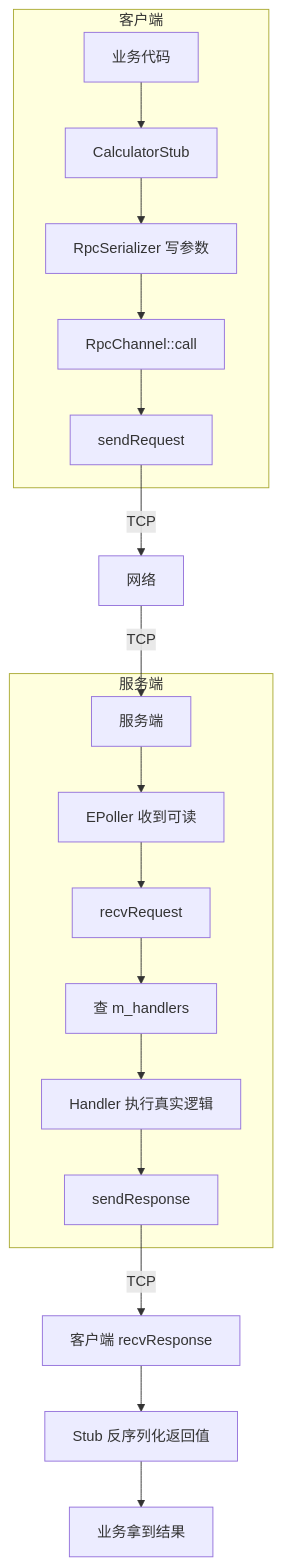
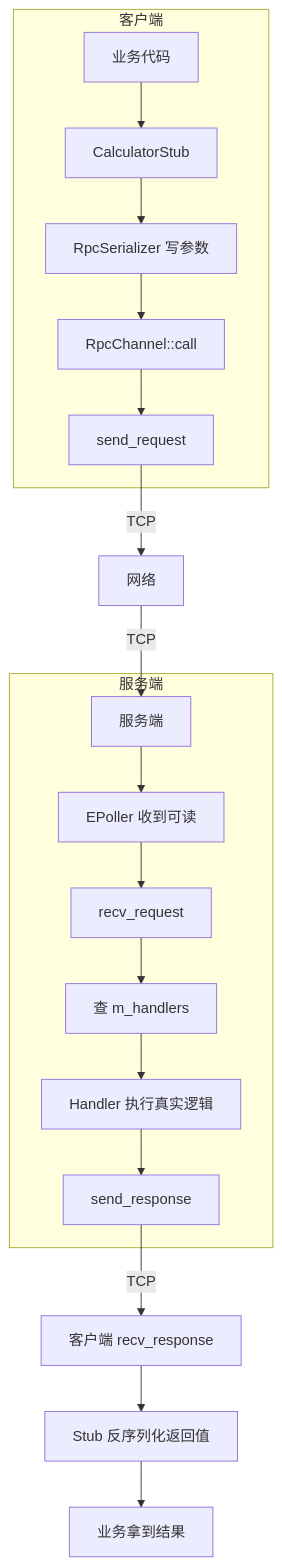
One commit to loskyertt/NetworkProgramming changed the first of 8 diagrams in docs/src/rpc/RPC.md. Above: the diagram before and after it, drawn with Mermaid. The commit also changed other lines of this file and 3 other files, not shown here.

````diff
--- a/docs/src/rpc/RPC.md
+++ b/docs/src/rpc/RPC.md
@@ -114,21 +114,21 @@
 ```mermaid
 graph TD
     subgraph 客户端
         A[业务代码] --> B[CalculatorStub]
         B --> C[RpcSerializer 写参数]
         C --> D[RpcChannel::call]
-        D --> E[sendRequest]
+        D --> E[send_request]
     end
     E -->|TCP| F[网络]
     F -->|TCP| G[服务端]
     subgraph 服务端
         G --> H[EPoller 收到可读]
-        H --> I[recvRequest]
+        H --> I[recv_request]
         I --> J[查 m_handlers]
         J --> K[Handler 执行真实逻辑]
-        K --> L[sendResponse]
+        K --> L[send_response]
     end
-    L -->|TCP| M[客户端 recvResponse]
+    L -->|TCP| M[客户端 recv_response]
     M --> N[Stub 反序列化返回值]
     N --> O[业务拿到结果]
 ```
````
